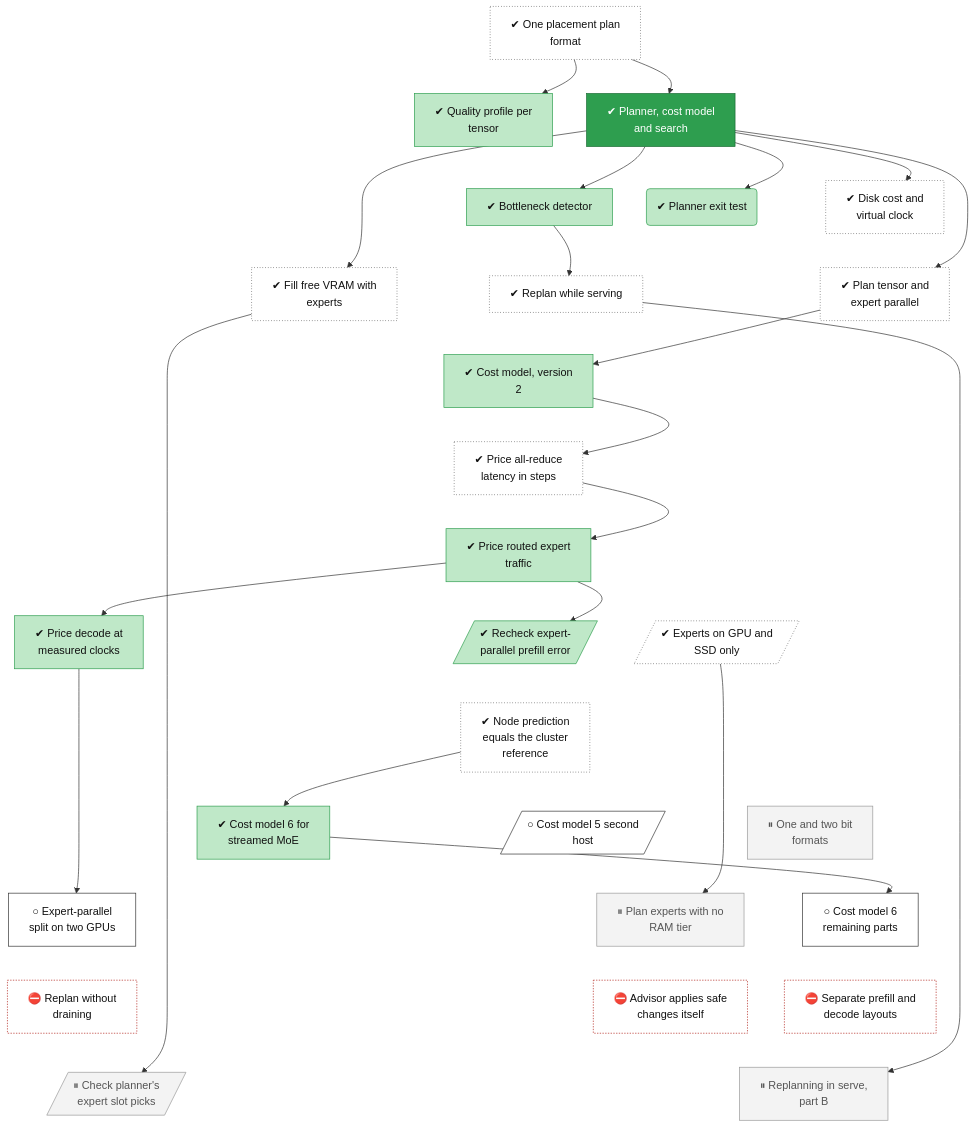
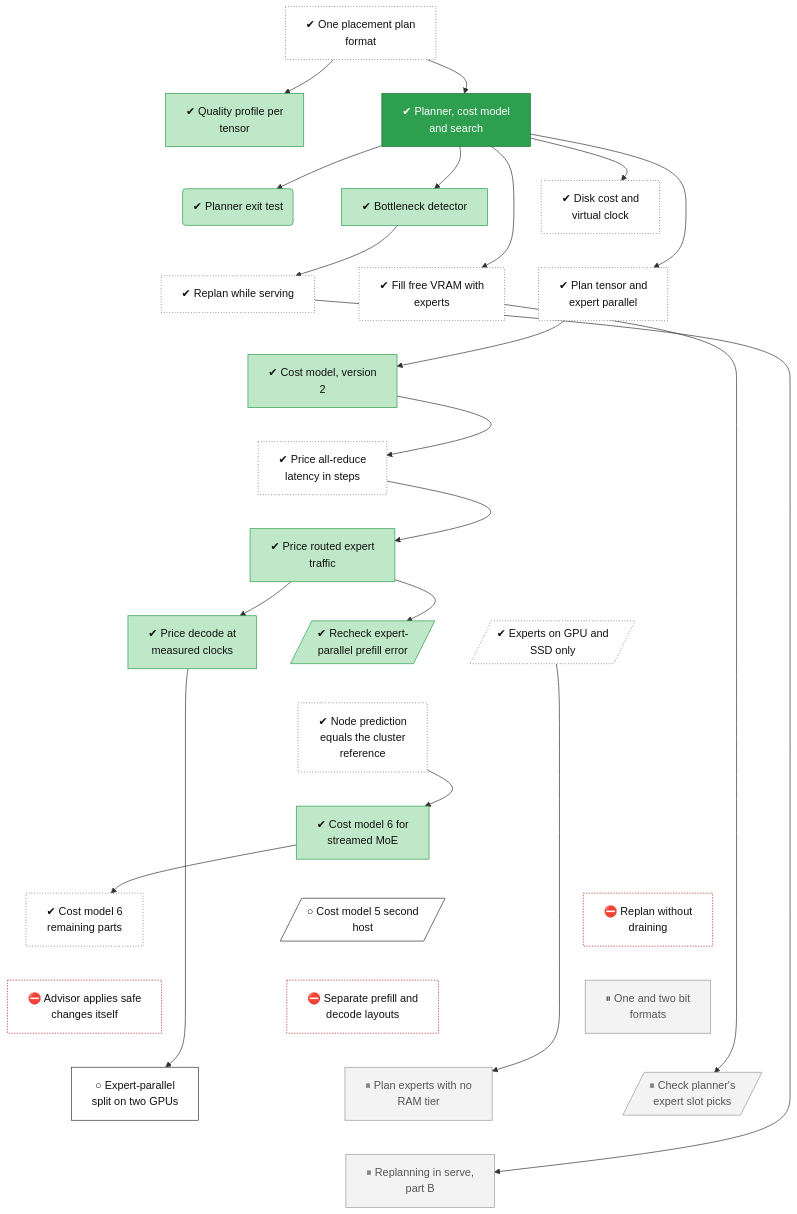
Before and after one commit to lhns/tetraeder: the diagram in docs/roadmap/tracks/planner.md, drawn with Mermaid. The commit also changed other lines of this file and 6 other files, not shown here.

Commit message:
Phase 6, ADR 0092 rest and planner hardening; not measured (tree, merge main)

````diff
--- a/docs/roadmap/tracks/planner.md
+++ b/docs/roadmap/tracks/planner.md
@@ -26,14 +26,14 @@
     planner_low_ram_modes[/"✔ Experts on GPU and<br/>SSD only"/]
     planner_node_predict_check["✔ Node prediction<br/>equals the cluster<br/>reference"]
     planner_costmodel_stream_terms["✔ Cost model 6 for<br/>streamed MoE"]
+    planner_costmodel_v6_rest["✔ Cost model 6<br/>remaining parts"]
     planner_cost_model_v5_host2[/"○ Cost model 5 second<br/>host"/]
+    planner_live_replan["⛔ Replan without<br/>draining"]
+    planner_advisor_auto["⛔ Advisor applies safe<br/>changes itself"]
+    planner_split_layouts["⛔ Separate prefill and<br/>decode layouts"]
     planner_low_bit_formats["⏸ One and two bit<br/>formats"]
     planner_ep_split["○ Expert-parallel<br/>split on two GPUs"]
     planner_ram_slots_zero["⏸ Plan experts with no<br/>RAM tier"]
-    planner_costmodel_v6_rest["○ Cost model 6<br/>remaining parts"]
-    planner_live_replan["⛔ Replan without<br/>draining"]
-    planner_advisor_auto["⛔ Advisor applies safe<br/>changes itself"]
-    planner_split_layouts["⛔ Separate prefill and<br/>decode layouts"]
     planner_slot_campaign[/"⏸ Check planner's<br/>expert slot picks"/]
     planner_replan_part_b["⏸ Replanning in serve,<br/>part B"]
     planner_plan_ir ~~~ planner_quality
@@ -56,17 +56,18 @@
     planner_ep_prefill_recheck ~~~ planner_node_predict_check
     planner_low_ram_modes ~~~ planner_node_predict_check
     planner_node_predict_check ~~~ planner_costmodel_stream_terms
-    planner_node_predict_check ~~~ planner_cost_model_v5_host2
-    planner_node_predict_check ~~~ planner_low_bit_formats
-    planner_costmodel_stream_terms ~~~ planner_ep_split
-    planner_cost_model_v5_host2 ~~~ planner_ram_slots_zero
-    planner_low_bit_formats ~~~ planner_costmodel_v6_rest
-    planner_ep_split ~~~ planner_live_replan
-    planner_ram_slots_zero ~~~ planner_advisor_auto
-    planner_costmodel_v6_rest ~~~ planner_split_layouts
-    planner_live_replan ~~~ planner_slot_campaign
-    planner_advisor_auto ~~~ planner_replan_part_b
-    planner_split_layouts ~~~ planner_replan_part_b
+    planner_costmodel_stream_terms ~~~ planner_costmodel_v6_rest
+    planner_costmodel_stream_terms ~~~ planner_cost_model_v5_host2
+    planner_costmodel_stream_terms ~~~ planner_live_replan
+    planner_costmodel_v6_rest ~~~ planner_advisor_auto
+    planner_cost_model_v5_host2 ~~~ planner_split_layouts
+    planner_live_replan ~~~ planner_low_bit_formats
+    planner_advisor_auto ~~~ planner_ep_split
+    planner_split_layouts ~~~ planner_ram_slots_zero
+    planner_low_bit_formats ~~~ planner_slot_campaign
+    planner_ep_split ~~~ planner_replan_part_b
+    planner_ram_slots_zero ~~~ planner_replan_part_b
+    planner_slot_campaign ~~~ planner_replan_part_b
     planner_plan_ir --> planner_quality
     planner_plan_ir --> planner_core
     planner_core --> planner_exit
@@ -81,9 +82,9 @@
     planner_cost_v4 --> planner_cost_model_v5
     planner_cost_v4 --> planner_ep_prefill_recheck
     planner_node_predict_check --> planner_costmodel_stream_terms
+    planner_costmodel_stream_terms --> planner_costmodel_v6_rest
     planner_cost_model_v5 --> planner_ep_split
     planner_low_ram_modes --> planner_ram_slots_zero
-    planner_costmodel_stream_terms --> planner_costmodel_v6_rest
     planner_fill_tier --> planner_slot_campaign
     planner_replan --> planner_replan_part_b
     classDef vsucc fill:#2e9e4f,stroke:#1b6b34,color:#fff
@@ -100,10 +101,10 @@
     classDef decided fill:#ece0f7,stroke:#7b3fb5,stroke-dasharray:2 2,color:#111
     classDef finding fill:#ffe0b2,stroke:#d84315,stroke-width:2px,color:#111
     classDef waiting fill:#e3f2fd,stroke:#1f6fc5,stroke-dasharray:5 5,color:#111
-    class planner_plan_ir,planner_tier_cost,planner_replan,planner_fill_tier,planner_parallel_shapes,planner_cost_v3,planner_low_ram_modes,planner_node_predict_check unrated
+    class planner_plan_ir,planner_tier_cost,planner_replan,planner_fill_tier,planner_parallel_shapes,planner_cost_v3,planner_low_ram_modes,planner_node_predict_check,planner_costmodel_v6_rest unrated
     class planner_quality,planner_exit,planner_detector,planner_cost_v2,planner_cost_v4,planner_cost_model_v5,planner_ep_prefill_recheck,planner_costmodel_stream_terms succ
     class planner_core vsucc
-    class planner_cost_model_v5_host2,planner_ep_split,planner_costmodel_v6_rest next
+    class planner_cost_model_v5_host2,planner_ep_split next
+    class planner_live_replan,planner_advisor_auto,planner_split_layouts blocked
     class planner_low_bit_formats,planner_ram_slots_zero,planner_slot_campaign,planner_replan_part_b parked
-    class planner_live_replan,planner_advisor_auto,planner_split_layouts blocked
 ```
````
